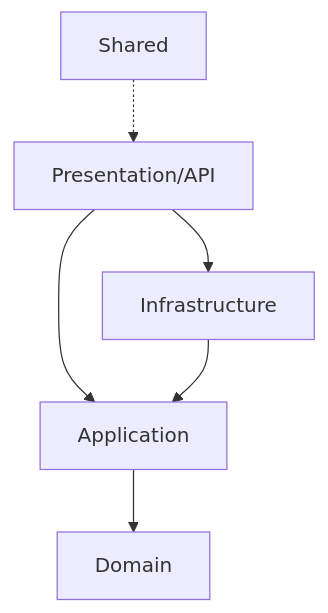
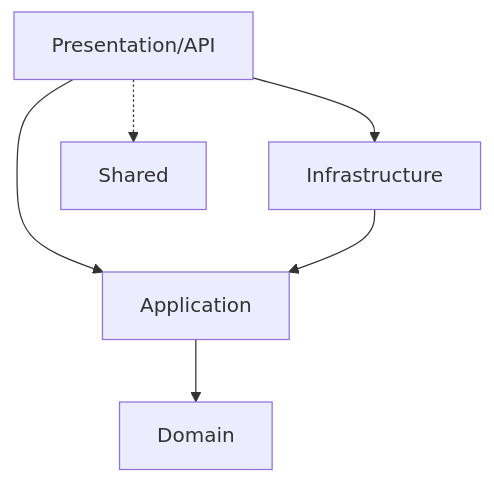
The diagram in plugins/dotnet-clean-arch/rules/solution-structure.md (JoseMD12/testing-tessl), drawn with Mermaid before and after one commit. The commit also changed other lines of this file and 1 other file, not shown here.

Commit message:
refac: MR-4 - correct API dependencies rule, fix Mermaid flow, and remove boilerplate HTTP file

````diff
--- a/plugins/dotnet-clean-arch/rules/solution-structure.md
+++ b/plugins/dotnet-clean-arch/rules/solution-structure.md
@@ -37,9 +37,9 @@
 ```mermaid
 graph TD
     API[Presentation/API] --> Application[Application]
     API --> Infra[Infrastructure]
     Infra --> Application
     Application --> Domain[Domain]
     
-    Shared[Shared] -.-> API
+    API[Presentation/API] -.-> Shared[Shared]
 ```
````
